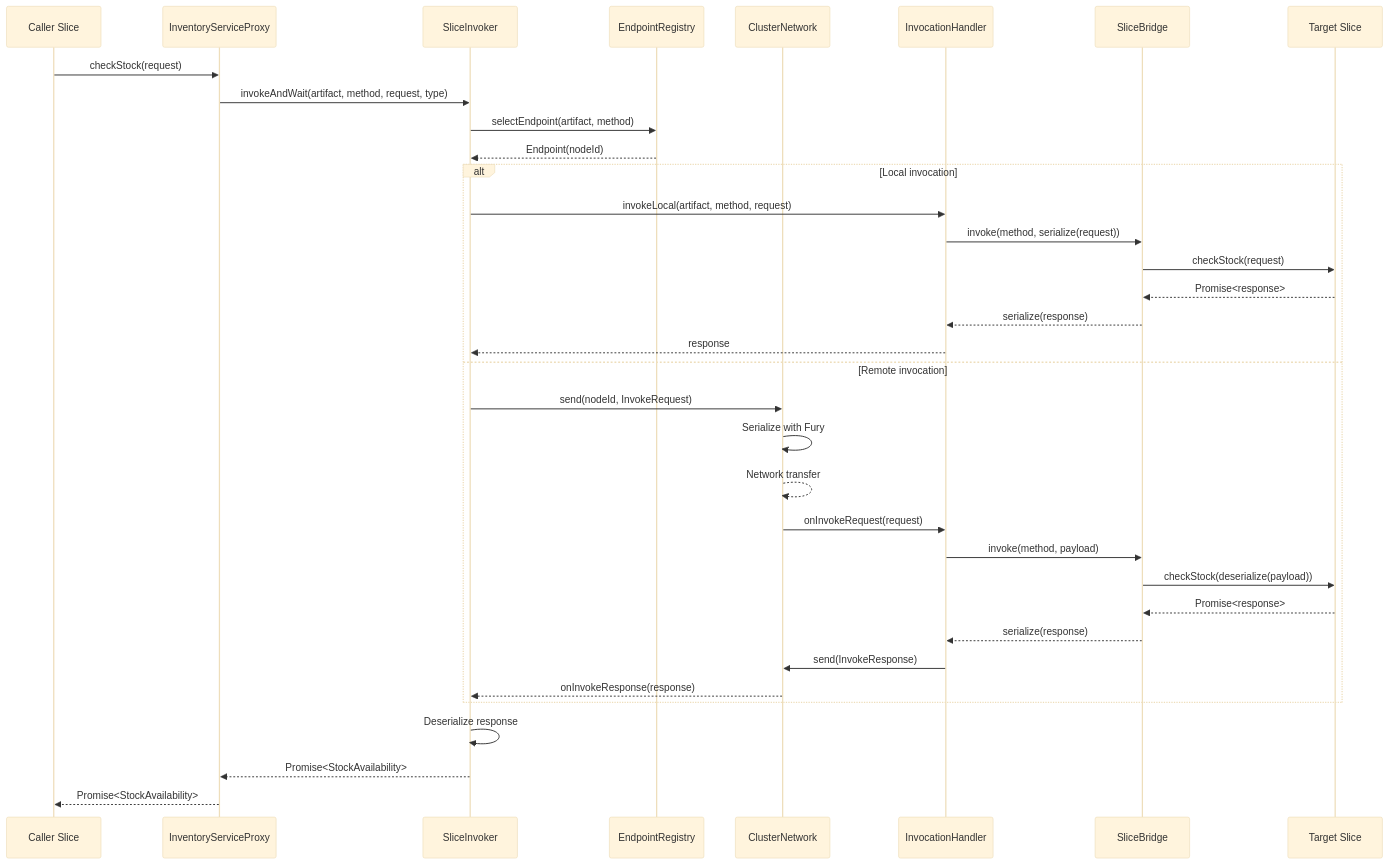
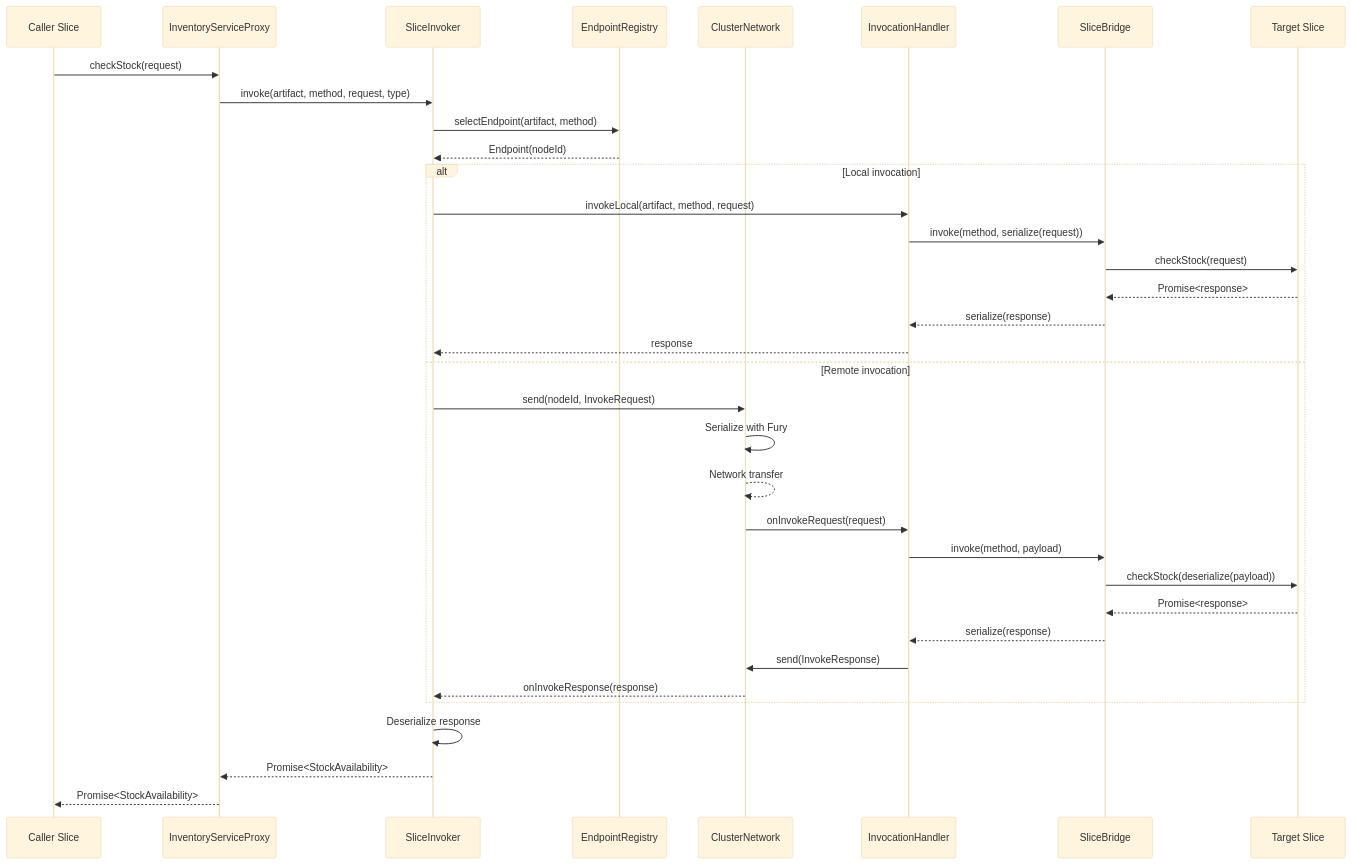
Before and after one commit to siy/aether: the eighth of 9 diagrams in docs/archive/typed-slice-api-design.md, drawn with Mermaid (base theme). The commit also changed other lines of this file and 16 other files, not shown here.

Commit message:
refactor: rename invokeAndWait to invoke in SliceInvokerFacade

````diff
--- a/docs/archive/typed-slice-api-design.md
+++ b/docs/archive/typed-slice-api-design.md
@@ -1005,41 +1005,41 @@
 ```mermaid
 sequenceDiagram
     participant Caller as Caller Slice
     participant Proxy as InventoryServiceProxy
     participant SI as SliceInvoker
     participant ER as EndpointRegistry
     participant NET as ClusterNetwork
     participant IH as InvocationHandler
     participant SB as SliceBridge
     participant Target as Target Slice
 
     Caller->>Proxy: checkStock(request)
-    Proxy->>SI: invokeAndWait(artifact, method, request, type)
+    Proxy->>SI: invoke(artifact, method, request, type)
 
     SI->>ER: selectEndpoint(artifact, method)
     ER-->>SI: Endpoint(nodeId)
 
     alt Local invocation
         SI->>IH: invokeLocal(artifact, method, request)
         IH->>SB: invoke(method, serialize(request))
         SB->>Target: checkStock(request)
         Target-->>SB: Promise<response>
         SB-->>IH: serialize(response)
         IH-->>SI: response
     else Remote invocation
         SI->>NET: send(nodeId, InvokeRequest)
         NET->>NET: Serialize with Fury
         NET-->>NET: Network transfer
         NET->>IH: onInvokeRequest(request)
         IH->>SB: invoke(method, payload)
         SB->>Target: checkStock(deserialize(payload))
         Target-->>SB: Promise<response>
         SB-->>IH: serialize(response)
         IH->>NET: send(InvokeResponse)
         NET-->>SI: onInvokeResponse(response)
     end
 
     SI->>SI: Deserialize response
     SI-->>Proxy: Promise<StockAvailability>
     Proxy-->>Caller: Promise<StockAvailability>
 ```
````
